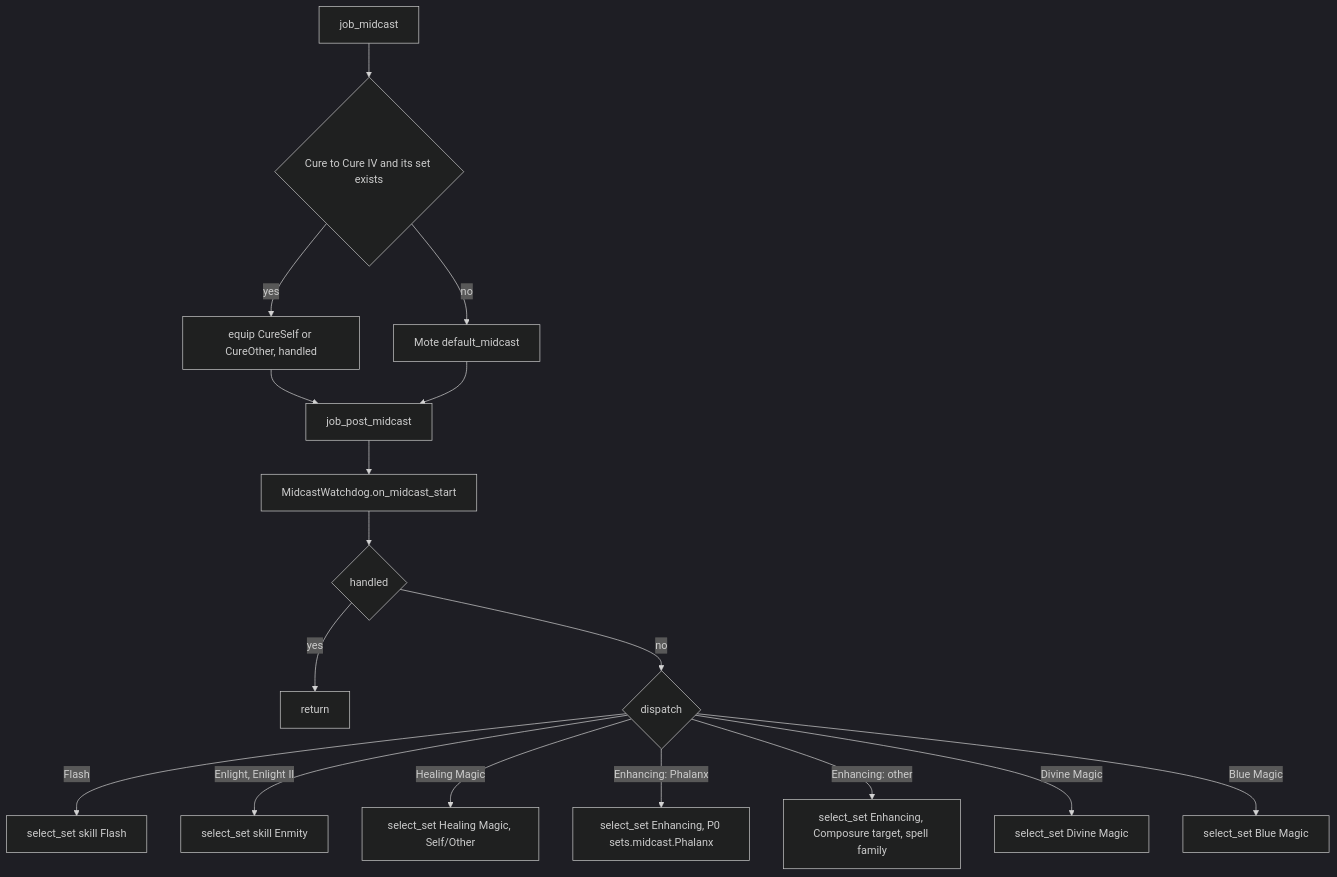
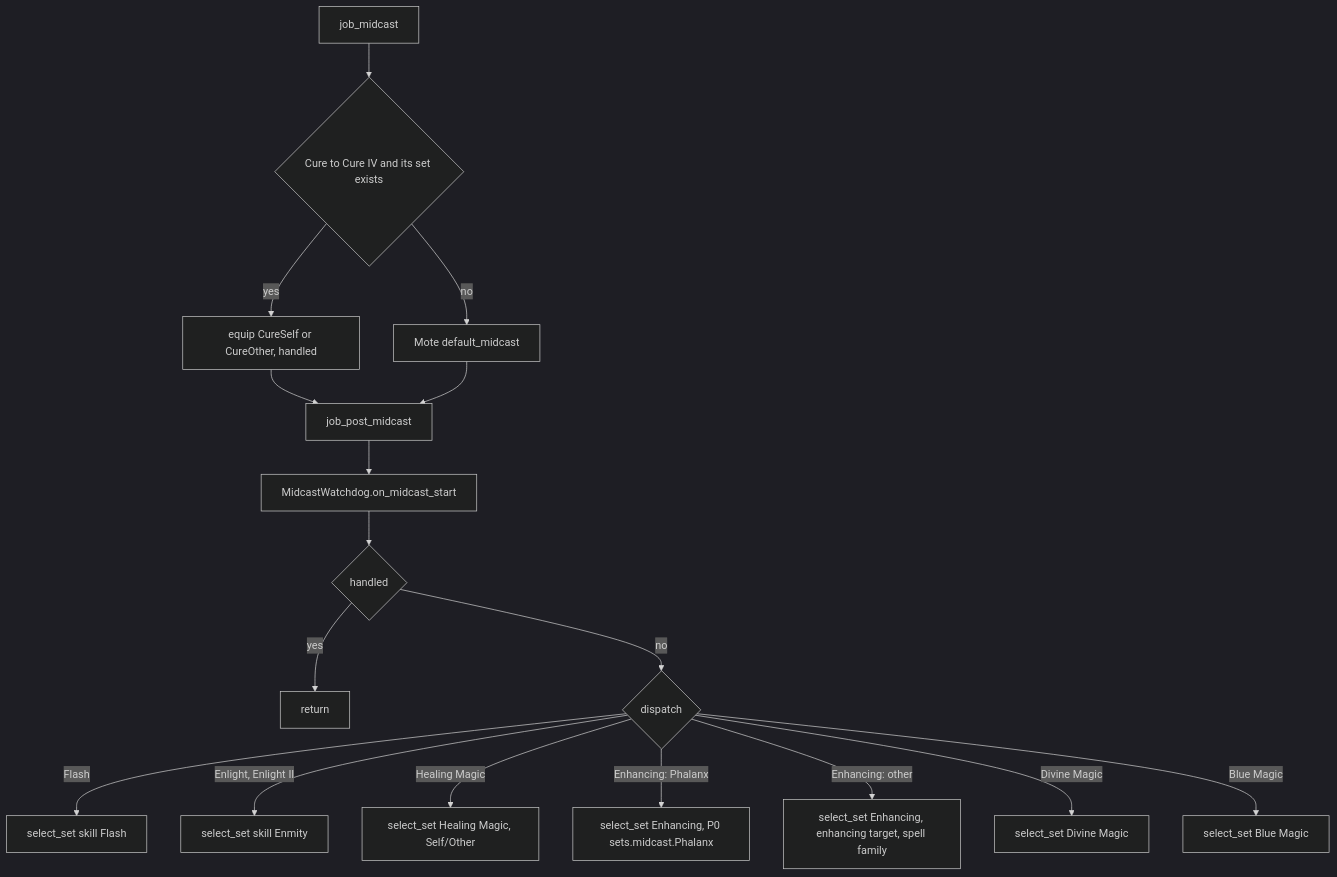
Before and after one commit to ejouanchicot/Gearswap: the third of 3 diagrams in docs/dev/jobs/run.md, drawn with Mermaid (dark theme). The commit also changed other lines of this file and 31 other files, not shown here.

````diff
--- a/docs/dev/jobs/run.md
+++ b/docs/dev/jobs/run.md
@@ -159,19 +167,19 @@
 ```mermaid
 flowchart TD
     A[job_midcast] --> B{Cure to Cure IV and its set exists}
     B -- yes --> C[equip CureSelf or CureOther, handled]
     B -- no --> D[Mote default_midcast]
     C --> E[job_post_midcast]
     D --> E
     E --> F[MidcastWatchdog.on_midcast_start]
     F --> G{handled}
     G -- yes --> Z[return]
     G -- no --> H{dispatch}
     H -- Flash --> H1[select_set skill Flash]
     H -- Enlight, Enlight II --> H2[select_set skill Enmity]
     H -- Healing Magic --> H3[select_set Healing Magic, Self/Other]
     H -- Enhancing: Phalanx --> H4[select_set Enhancing, P0 sets.midcast.Phalanx]
-    H -- Enhancing: other --> H5[select_set Enhancing, Composure target, spell family]
+    H -- Enhancing: other --> H5[select_set Enhancing, enhancing target, spell family]
     H -- Divine Magic --> H6[select_set Divine Magic]
     H -- Blue Magic --> H7[select_set Blue Magic]
 ```
````
